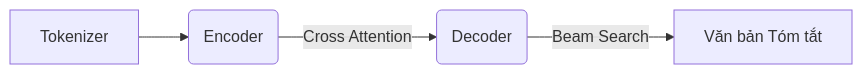
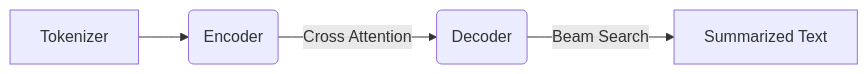
One commit to BienKieu1411/LLM2Seq changed the diagram in README.md. Above: the diagram before and after it, drawn with Mermaid. The commit also changed other lines of this file, not shown here.

````diff
--- a/README.md
+++ b/README.md
@@ -68,6 +68,6 @@
 ```mermaid
 graph LR
 A[Tokenizer] --> B(Encoder)
 B -->|Cross Attention| C(Decoder)
-C -->|Beam Search| D[Văn bản Tóm tắt]
+C -->|Beam Search| D[Summarized Text]
 ```
````
